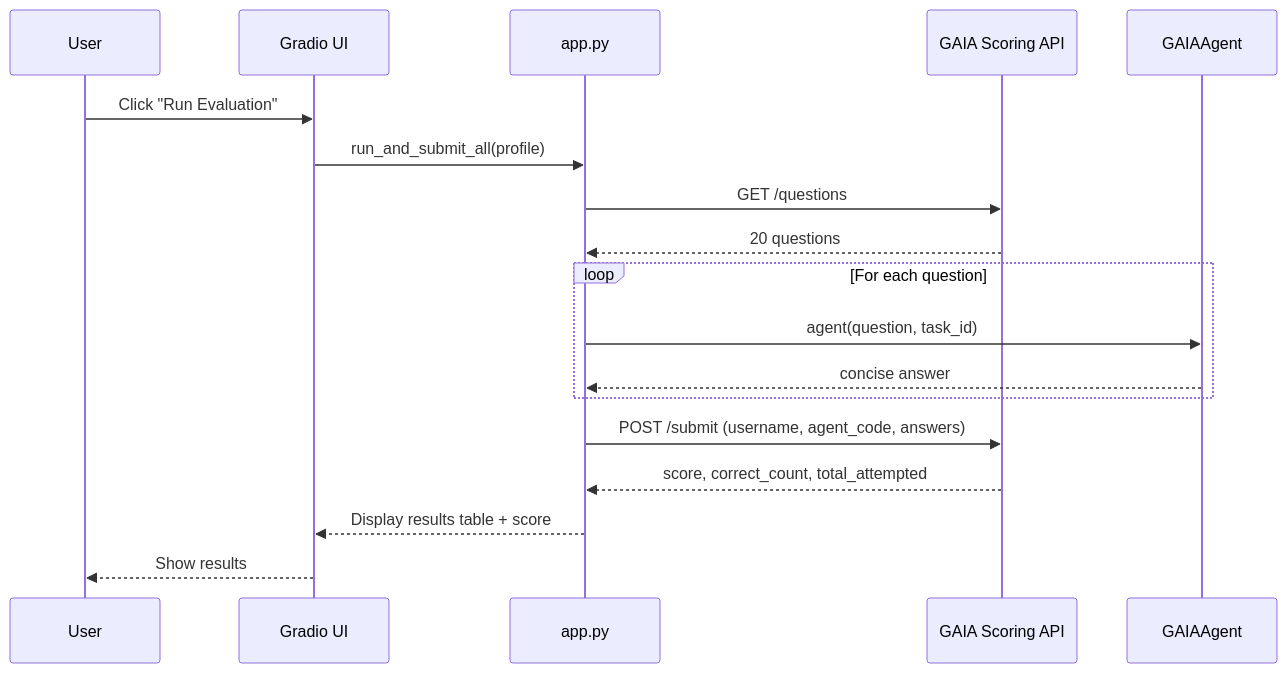
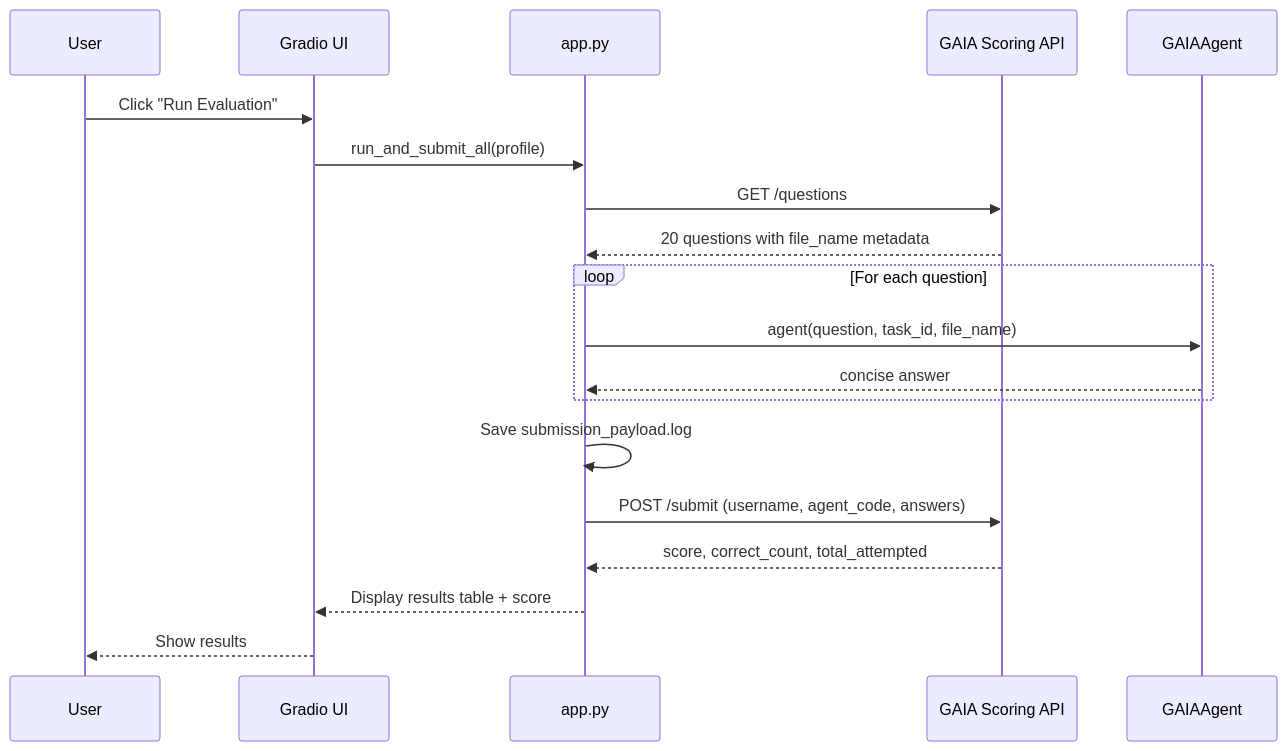
The sixth of 8 diagrams in ARCHITECTURE.md (jash0803/gaia-agent), drawn with Mermaid before and after one commit. The commit also changed other lines of this file, not shown here.

Commit message:
docs: update architecture

````diff
--- a/ARCHITECTURE.md
+++ b/ARCHITECTURE.md
@@ -98,23 +115,24 @@
 ```mermaid
 sequenceDiagram
     participant User
     participant Gradio as Gradio UI
     participant App as app.py
     participant API as GAIA Scoring API
     participant Agent as GAIAAgent
 
     User->>Gradio: Click "Run Evaluation"
     Gradio->>App: run_and_submit_all(profile)
     App->>API: GET /questions
-    API-->>App: 20 questions
+    API-->>App: 20 questions with file_name metadata
 
     loop For each question
-        App->>Agent: agent(question, task_id)
+        App->>Agent: agent(question, task_id, file_name)
         Agent-->>App: concise answer
     end
 
+    App->>App: Save submission_payload.log
     App->>API: POST /submit (username, agent_code, answers)
     API-->>App: score, correct_count, total_attempted
     App-->>Gradio: Display results table + score
     Gradio-->>User: Show results
 ```
````
